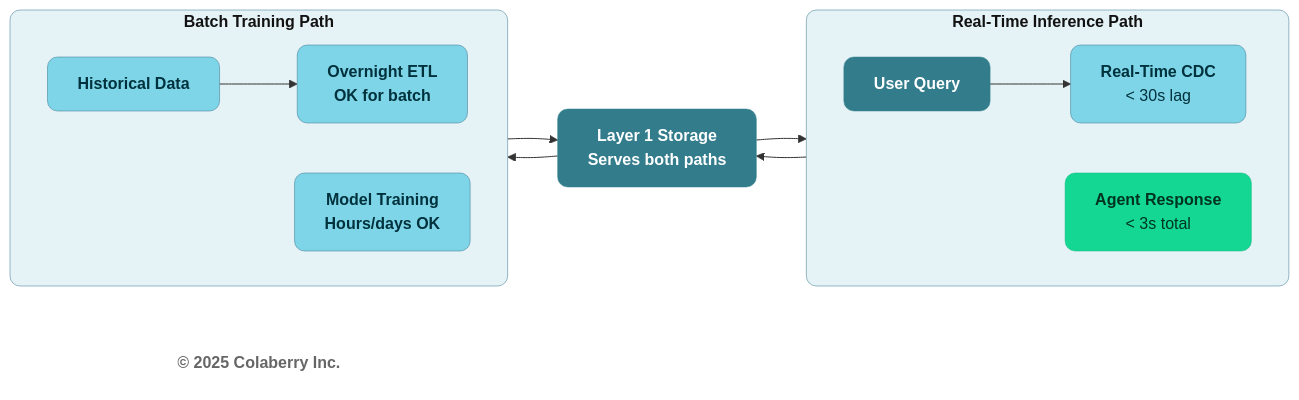
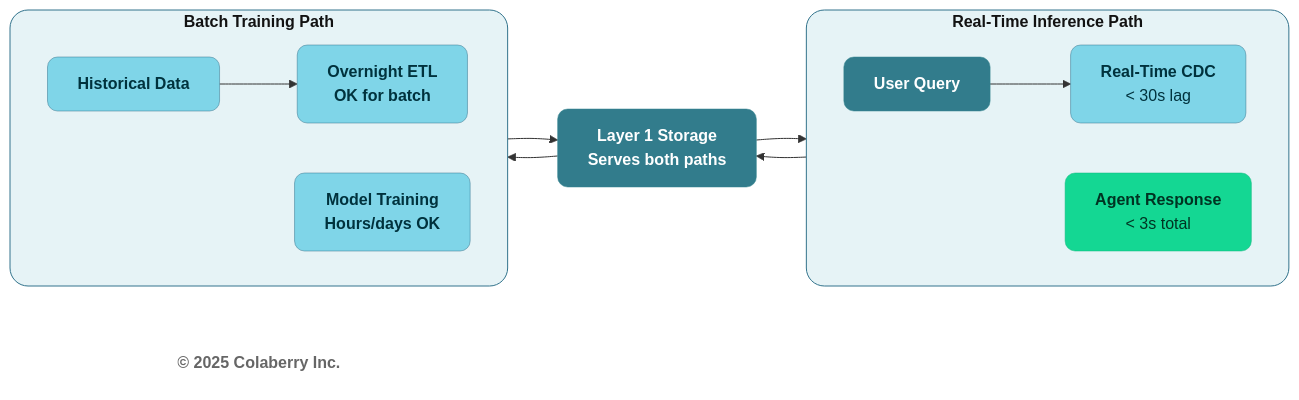
One commit to saitejesh-cyber/trust-before-intelligence-book changed the eighth of 11 diagrams in manuscript/05_chapter_4_foundation_layers.md. Above: the diagram before and after it, drawn with Mermaid. The commit also changed other lines of this file and 12 other files, not shown here.

````diff
--- a/manuscript/05_chapter_4_foundation_layers.md
+++ b/manuscript/05_chapter_4_foundation_layers.md
@@ -891,34 +891,34 @@
 ```mermaid
 graph LR
     subgraph RT["<b>Real-Time Inference Path</b>"]
         direction LR
         I1["<b>User Query</b>"]
         I2["<b>Real-Time CDC</b><br/>&lt; 30s lag"]
         I3["<b>Agent Response</b><br/>&lt; 3s total"]
     end
     
     subgraph BT["<b>Batch Training Path</b>"]
         direction LR
         T1["<b>Historical Data</b>"]
         T2["<b>Overnight ETL</b><br/><b>OK for batch</b>"]
         T3["<b>Model Training</b><br/><b>Hours/days OK</b>"]
     end
     
     STORAGE["<b>Layer 1 Storage</b><br/><b>Serves both paths</b>"]
     
     Copyright["<b>© 2025 Colaberry Inc.</b>"]
     
     I1 --> I2 --> STORAGE --> I3
     T1 --> T2 --> STORAGE --> T3
     
-    style RT fill:#E6F3F6,stroke:#32738C,stroke-width:0.5px,color:#121212,rx:10,ry:10
-    style BT fill:#E6F3F6,stroke:#32738C,stroke-width:0.5px,color:#121212,rx:10,ry:10
+    style RT fill:#E6F3F6,stroke:#32738C,stroke-width:1px,color:#121212,rx:18,ry:18
+    style BT fill:#E6F3F6,stroke:#32738C,stroke-width:1px,color:#121212,rx:18,ry:18
     style I1 fill:#327C8C,stroke:#30838C,stroke-width:0.5px,color:#ffffff,rx:10,ry:10
     style I2 fill:#7FD5E8,stroke:#32738C,stroke-width:0.5px,color:#00323D,rx:10,ry:10
     style I3 fill:#14D793,stroke:#0FB67D,stroke-width:0.5px,color:#003322,rx:10,ry:10
     style T1 fill:#7FD5E8,stroke:#32738C,stroke-width:0.5px,color:#00323D,rx:10,ry:10
     style T2 fill:#7FD5E8,stroke:#32738C,stroke-width:0.5px,color:#00323D,rx:10,ry:10
     style T3 fill:#7FD5E8,stroke:#32738C,stroke-width:0.5px,color:#00323D,rx:10,ry:10
     style STORAGE fill:#327C8C,stroke:#30838C,stroke-width:0.5px,color:#ffffff,rx:10,ry:10
     style Copyright fill:none,stroke:none,color:#666666
 ```
````
